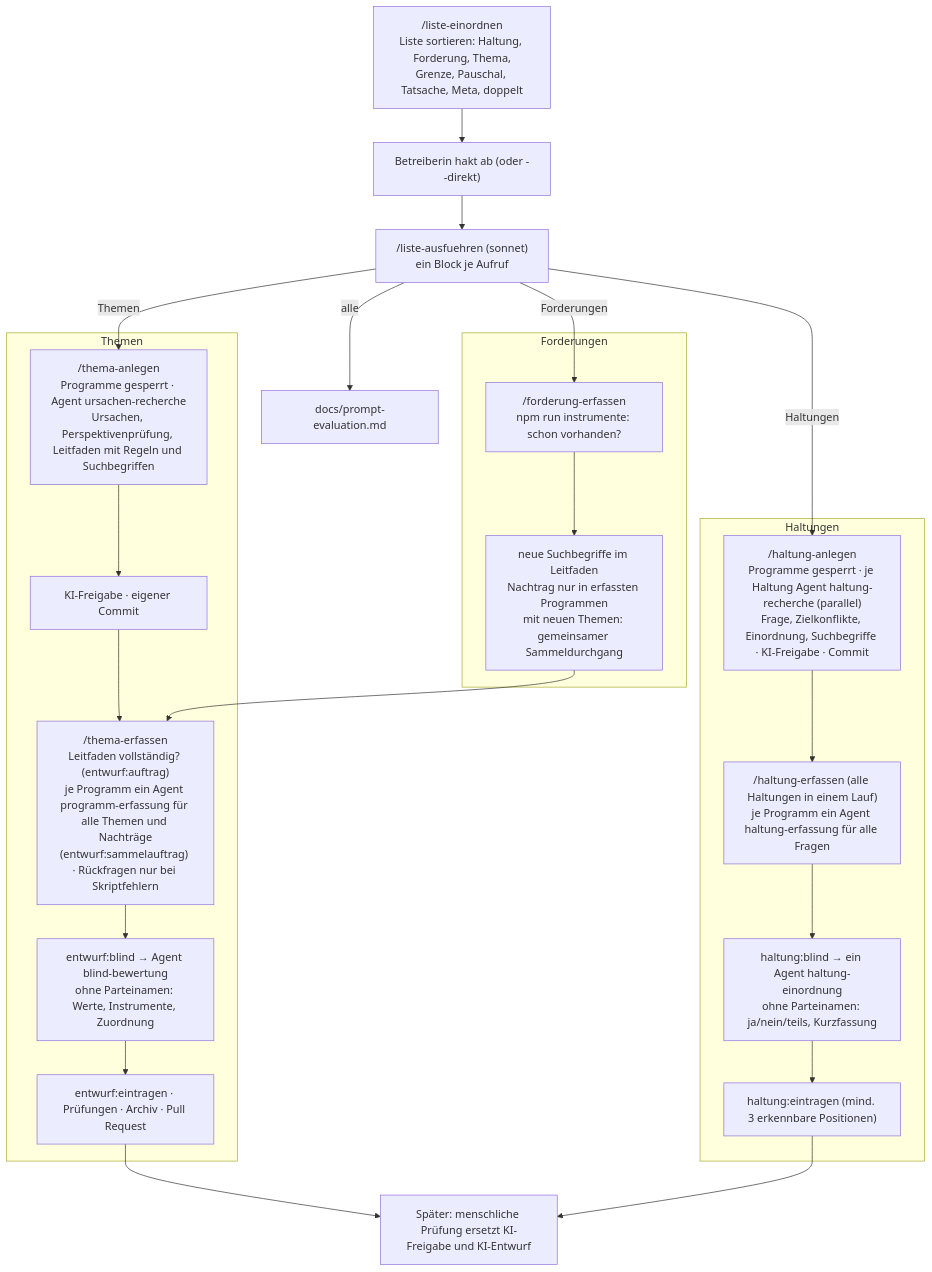
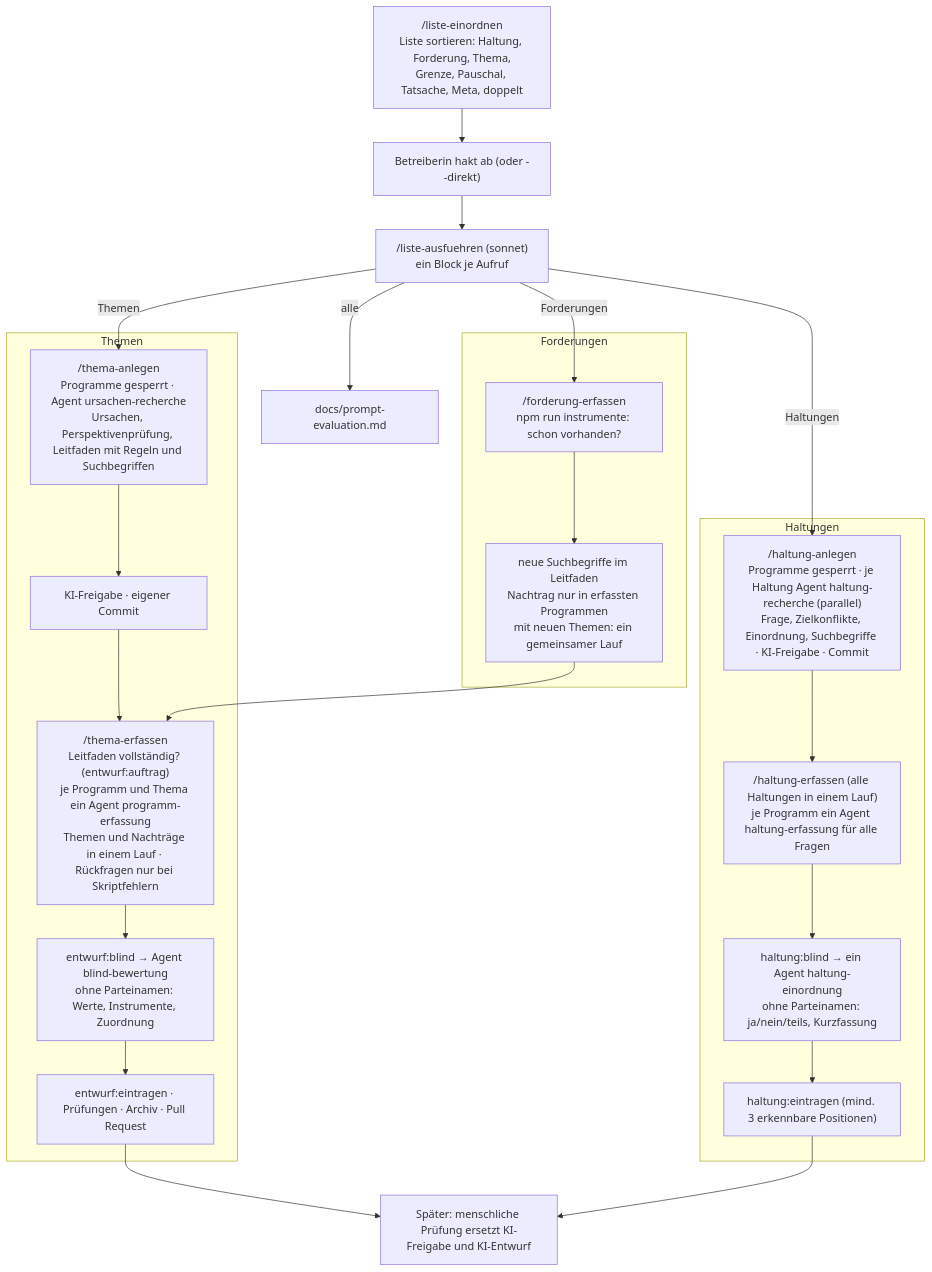
The diagram in .claude/skills/README.md (politik-duell/politik-duell), drawn with Mermaid before and after one commit. The commit also changed other lines of this file and 10 other files, not shown here.

First line of the commit message:
Erfassung: Einzelaufträge wieder Standard, Hinweise zu Bündeln und Hebeln

````diff
--- a/.claude/skills/README.md
+++ b/.claude/skills/README.md
@@ -5,33 +5,33 @@
 ```mermaid
 flowchart TD
     L["/liste-einordnen<br/>Liste sortieren: Haltung, Forderung, Thema,<br/>Grenze, Pauschal, Tatsache, Meta, doppelt"]
     LA["Betreiberin hakt ab (oder --direkt)"]
     LB["/liste-ausfuehren (sonnet)<br/>ein Block je Aufruf"]
     L --> LA --> LB
     LB -->|Haltungen| H1
     LB -->|Themen| T1
     LB -->|Forderungen| F1
     LB -->|alle| EV["docs/prompt-evaluation.md"]
     subgraph T["Themen"]
         T1["/thema-anlegen<br/>Programme gesperrt · Agent ursachen-recherche<br/>Ursachen, Perspektivenprüfung, Leitfaden mit Regeln und Suchbegriffen"]
         T2["KI-Freigabe · eigener Commit"]
-        T3["/thema-erfassen<br/>Leitfaden vollständig? (entwurf:auftrag)<br/>je Programm ein Agent programm-erfassung für alle Themen und Nachträge<br/>(entwurf:sammelauftrag) · Rückfragen nur bei Skriptfehlern"]
+        T3["/thema-erfassen<br/>Leitfaden vollständig? (entwurf:auftrag)<br/>je Programm und Thema ein Agent programm-erfassung<br/>Themen und Nachträge in einem Lauf · Rückfragen nur bei Skriptfehlern"]
         T4["entwurf:blind → Agent blind-bewertung<br/>ohne Parteinamen: Werte, Instrumente, Zuordnung"]
         T5["entwurf:eintragen · Prüfungen · Archiv · Pull Request"]
         T1 --> T2 --> T3 --> T4 --> T5
     end
     subgraph F["Forderungen"]
         F1["/forderung-erfassen<br/>npm run instrumente: schon vorhanden?"]
-        F2["neue Suchbegriffe im Leitfaden<br/>Nachtrag nur in erfassten Programmen<br/>mit neuen Themen: gemeinsamer Sammeldurchgang"]
+        F2["neue Suchbegriffe im Leitfaden<br/>Nachtrag nur in erfassten Programmen<br/>mit neuen Themen: ein gemeinsamer Lauf"]
         F1 --> F2 --> T3
     end
     subgraph H["Haltungen"]
         H1["/haltung-anlegen<br/>Programme gesperrt · je Haltung Agent haltung-recherche (parallel)<br/>Frage, Zielkonflikte, Einordnung, Suchbegriffe · KI-Freigabe · Commit"]
         H2["/haltung-erfassen (alle Haltungen in einem Lauf)<br/>je Programm ein Agent haltung-erfassung für alle Fragen"]
         H3["haltung:blind → ein Agent haltung-einordnung<br/>ohne Parteinamen: ja/nein/teils, Kurzfassung"]
         H4["haltung:eintragen (mind. 3 erkennbare Positionen)"]
         H1 --> H2 --> H3 --> H4
     end
     T5 --> P["Später: menschliche Prüfung ersetzt KI-Freigabe und KI-Entwurf"]
     H4 --> P
 ```
````
